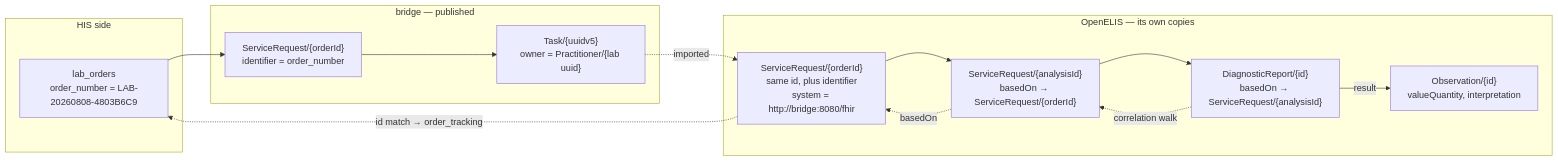
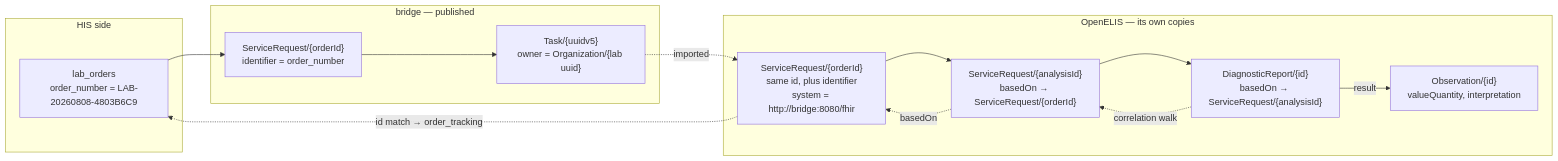
Before and after one commit to slim-nebula/openelis-his-sandbox: the fifth of 7 diagrams in docs/data-flow.md, drawn with Mermaid. The commit also changed other lines of this file and 15 other files, not shown here.

````diff
--- a/docs/data-flow.md
+++ b/docs/data-flow.md
@@ -337,29 +337,29 @@
 ```mermaid
 flowchart LR
     subgraph HIS["HIS side"]
         ORD["lab_orders<br/>order_number = LAB-20260808-4803B6C9"]
     end
 
     subgraph BRG["bridge — published"]
         SR1["ServiceRequest/{orderId}<br/>identifier = order_number"]
-        TSK["Task/{uuidv5}<br/>owner = Practitioner/{lab uuid}"]
+        TSK["Task/{uuidv5}<br/>owner = Organization/{lab uuid}"]
     end
 
     subgraph OES["OpenELIS — its own copies"]
         SRC["ServiceRequest/{orderId}<br/>same id, plus identifier<br/>system = http://bridge:8080/fhir"]
         SR2["ServiceRequest/{analysisId}<br/>basedOn → ServiceRequest/{orderId}"]
         DR["DiagnosticReport/{id}<br/>basedOn → ServiceRequest/{analysisId}"]
         OBS["Observation/{id}<br/>valueQuantity, interpretation"]
     end
 
     ORD --> SR1
     SR1 --> TSK
     TSK -.->|"imported"| SRC
     SRC --> SR2
     SR2 --> DR
     DR -->|result| OBS
 
     DR -.->|"correlation walk"| SR2
     SR2 -.->|"basedOn"| SRC
     SRC -.->|"id match → order_tracking"| ORD
 ```
````
